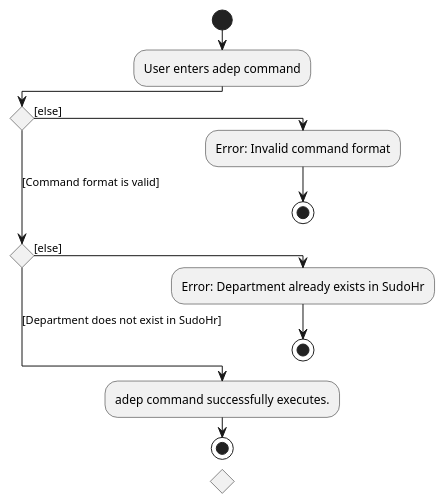
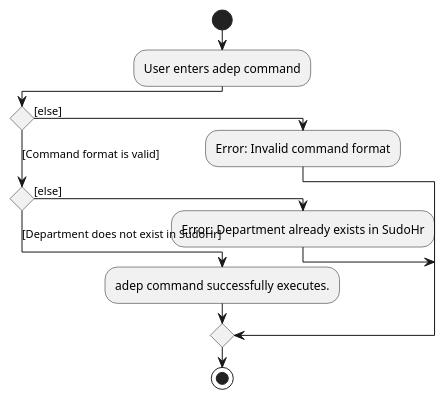
The diagram in docs/diagrams/commands/department/AddDepartmentActivityDiagram.puml (nus-cs2103-AY2223S2/tp), drawn with PlantUML before and after one commit. The commit also changed 1 other file, not shown here.

```diff
--- a/docs/diagrams/commands/department/AddDepartmentActivityDiagram.puml
+++ b/docs/diagrams/commands/department/AddDepartmentActivityDiagram.puml
@@ -2,15 +2,14 @@
 @startuml
 !pragma useVerticalIf on
 start
 :User enters adep command;
 if () then ([else])
   :Error: Invalid command format;
-  stop
 ([Command format is valid])elseif () then ([else])
   :Error: Department already exists in SudoHr;
-   stop
  else ([Department does not exist in SudoHr])
   :adep command successfully executes.;
+ endif
 stop
 
 @enduml
```
